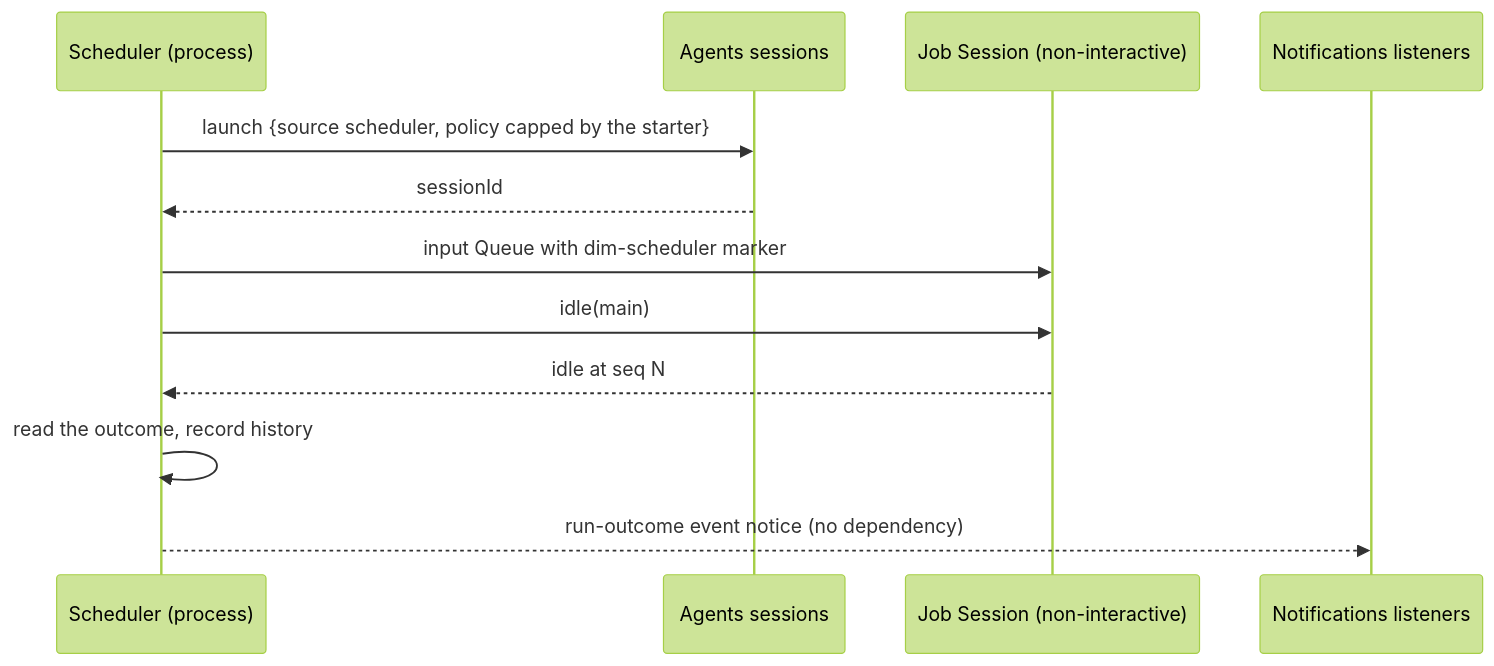
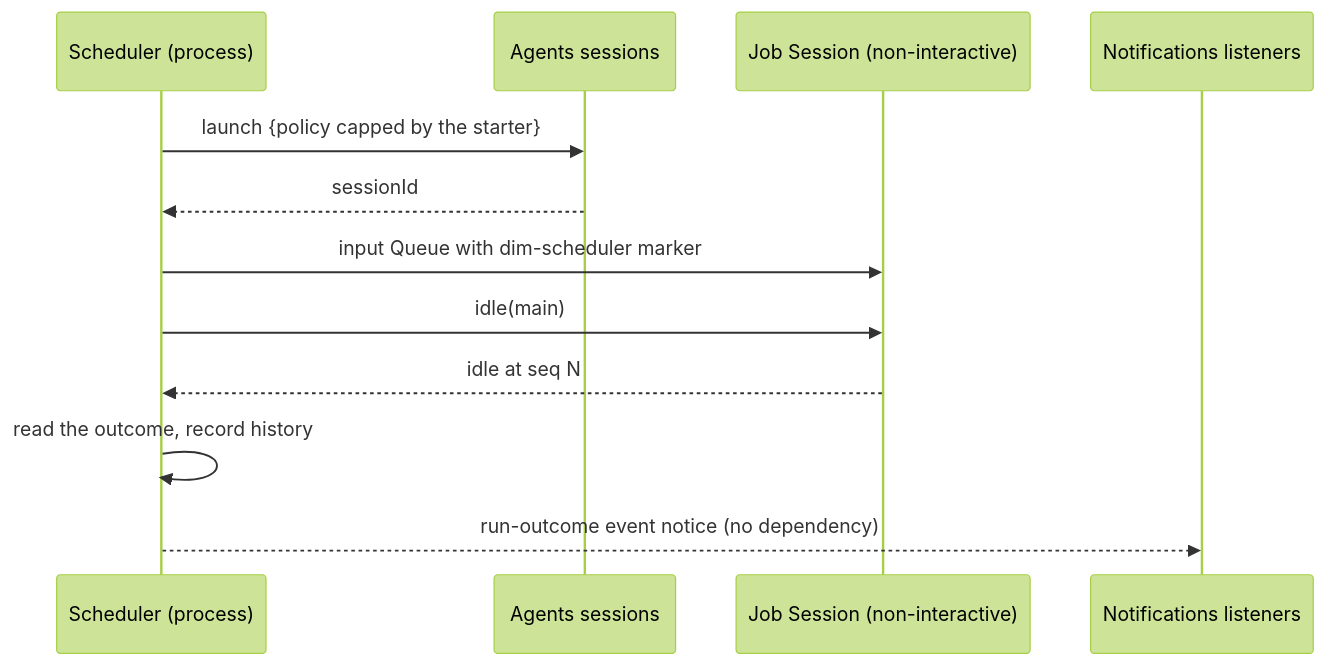
The seventh of 8 diagrams in docs/design/overview.md (CoutinhoTTS/dim-agent), drawn with Mermaid (forest theme) before and after one commit. The commit also changed other lines of this file and 6 other files, not shown here.

````diff
--- a/docs/design/overview.md
+++ b/docs/design/overview.md
@@ -274,14 +274,14 @@
 ```mermaid
 sequenceDiagram
   participant SC as Scheduler (process)
   participant AI as Agents sessions
   participant S as Job Session (non-interactive)
   participant NT as Notifications listeners
-  SC->>AI: launch {source scheduler, policy capped by the starter}
+  SC->>AI: launch {policy capped by the starter}
   AI-->>SC: sessionId
   SC->>S: input Queue with dim-scheduler marker
   SC->>S: idle(main)
   S-->>SC: idle at seq N
   SC->>SC: read the outcome, record history
   SC-->>NT: run-outcome event notice (no dependency)
 ```
````
